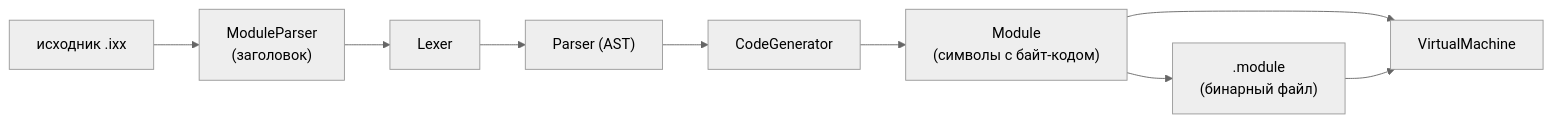
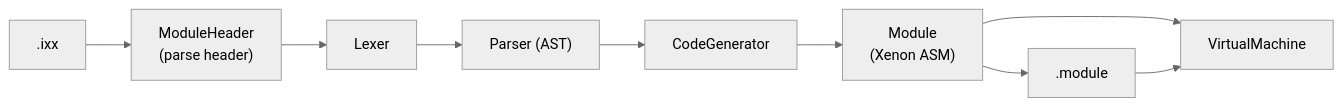
The second of 3 diagrams in docs/architecture.md (ToshiNamura/XenonCLI), drawn with Mermaid (neutral theme) before and after one commit. The commit also changed other lines of this file and 65 other files, not shown here.

First line of the commit message:
refactor: unify the code/data model on Xenon ASM (#7)

````diff
--- a/docs/architecture.md
+++ b/docs/architecture.md
@@ -13,11 +66,11 @@
 ```mermaid
 flowchart LR
-    SRC["исходник .ixx"] --> HEAD["ModuleParser<br/>(заголовок)"]
+    SRC[".ixx"] --> HEAD["ModuleHeader<br/>(parse header)"]
     HEAD --> LEX["Lexer"]
     LEX --> PARSE["Parser (AST)"]
     PARSE --> GEN["CodeGenerator"]
-    GEN --> MOD["Module<br/>(символы с байт-кодом)"]
-    MOD --> FILE[".module<br/>(бинарный файл)"]
+    GEN --> MOD["Module<br/>(Xenon ASM)"]
+    MOD --> FILE[".module"]
     MOD --> VM["VirtualMachine"]
     FILE --> VM
 ```
````
